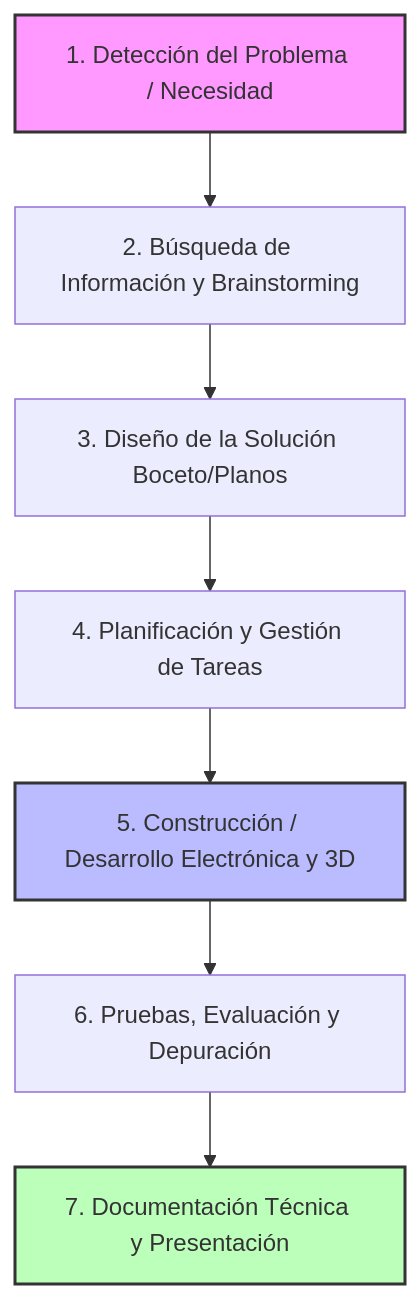
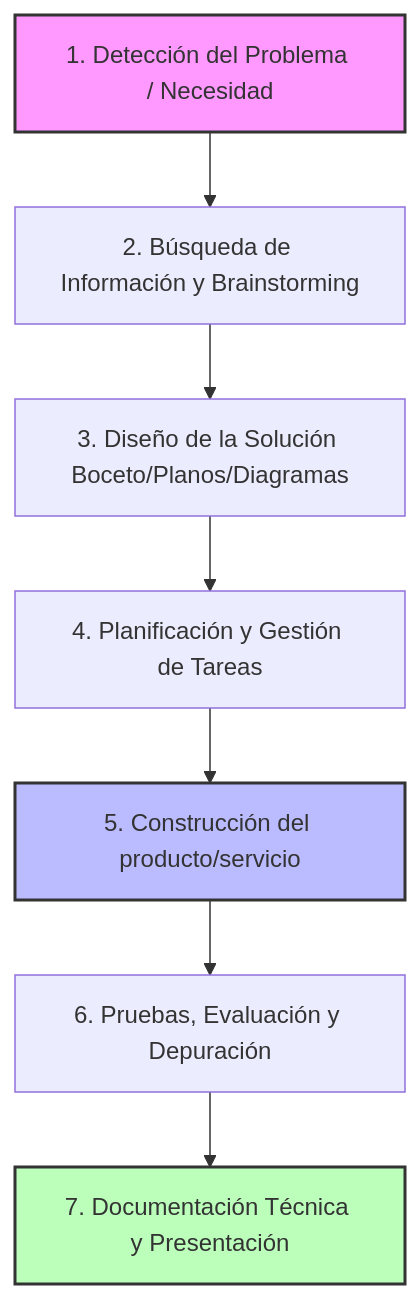
Before and after one commit to ezellabor/Informatica-aplicada-a-sistemas-electricos-robotica-smr1w: the first of 3 diagrams in 7-desarrollo-proyectos-tecnologicos.md, drawn with Mermaid. The commit also changed other lines of this file, not shown here.

Commit message:
Update project stages and flowchart details

````diff
--- a/7-desarrollo-proyectos-tecnologicos.md
+++ b/7-desarrollo-proyectos-tecnologicos.md
@@ -7,13 +7,13 @@
 ```mermaid
 graph TD
     A[1. Detección del Problema / Necesidad] --> B[2. Búsqueda de Información y Brainstorming]
-    B --> C[3. Diseño de la Solución Boceto/Planos]
+    B --> C[3. Diseño de la Solución Boceto/Planos/Diagramas]
     C --> D[4. Planificación y Gestión de Tareas]
-    D --> E[5. Construcción / Desarrollo Electrónica y 3D]
+    D --> E[5. Construcción del producto/servicio]
     E --> F[6. Pruebas, Evaluación y Depuración]
     F --> G[7. Documentación Técnica y Presentación]
     
     style A fill:#f9f,stroke:#333,stroke-width:2px
     style E fill:#bbf,stroke:#333,stroke-width:2px
     style G fill:#bfb,stroke:#333,stroke-width:2px
 ``` 
````
